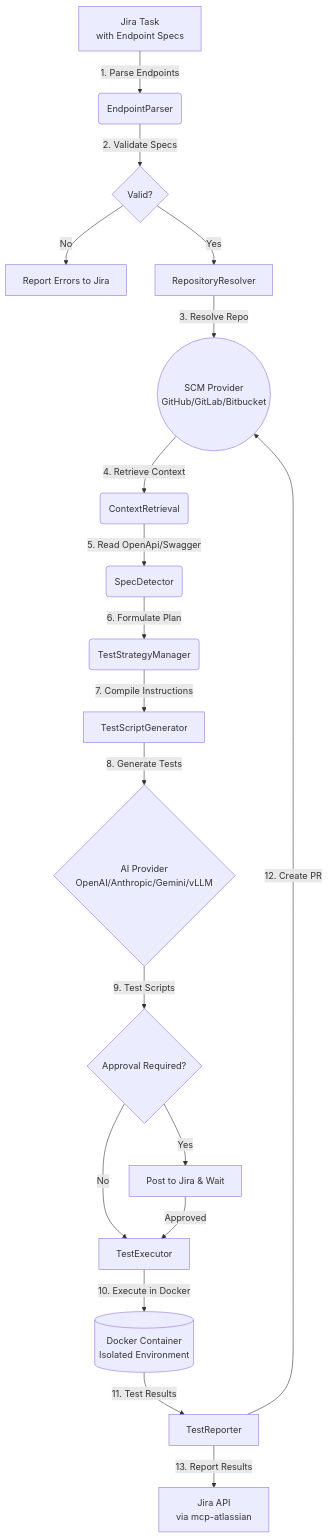
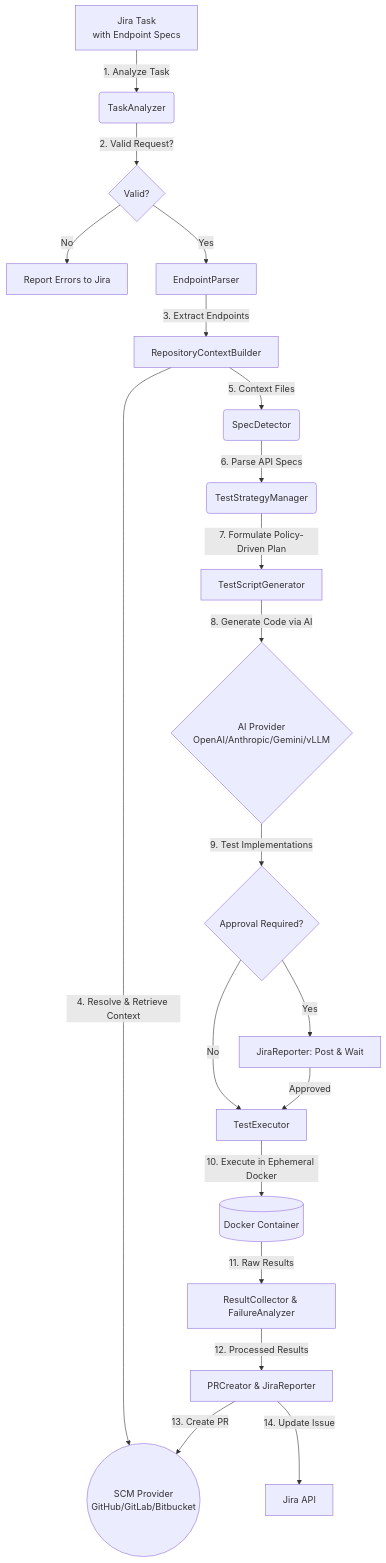
Before and after one commit to ahmetguness/mcp-jira-automation: the diagram in README.md, drawn with Mermaid. The commit also changed other lines of this file and 55 other files, not shown here.

First line of the commit message:
Add comprehensive tests for Jira custom field preservation and fallback behavior

````diff
--- a/README.md
+++ b/README.md
@@ -13,21 +13,22 @@
 ```mermaid
 graph TD
-    A[Jira Task<br/>with Endpoint Specs] -->|1. Parse Endpoints| B(EndpointParser)
-    B -->|2. Validate Specs| C{Valid?}
+    A[Jira Task<br/>with Endpoint Specs] -->|1. Analyze Task| B(TaskAnalyzer)
+    B -->|2. Valid Request?| C{Valid?}
     C -->|No| D[Report Errors to Jira]
-    C -->|Yes| E[RepositoryResolver]
-    E -->|3. Resolve Repo| F((SCM Provider<br/>GitHub/GitLab/Bitbucket))
-    F -->|4. Retrieve Context| G(ContextRetrieval)
-    G -->|5. Read OpenApi/Swagger| H(SpecDetector)
-    H -->|6. Formulate Plan| I(TestStrategyManager)
-    I -->|7. Compile Instructions| J[TestScriptGenerator]
-    J -->|8. Generate Tests| K{AI Provider<br/>OpenAI/Anthropic/Gemini/vLLM}
-    K -->|9. Test Scripts| L{Approval Required?}
-    L -->|Yes| M[Post to Jira & Wait]
+    C -->|Yes| E[EndpointParser]
+    E -->|3. Extract Endpoints| F[RepositoryContextBuilder]
+    F -->|4. Resolve & Retrieve Context| G((SCM Provider<br/>GitHub/GitLab/Bitbucket))
+    F -->|5. Context Files| H(SpecDetector)
+    H -->|6. Parse API Specs| I(TestStrategyManager)
+    I -->|7. Formulate Policy-Driven Plan| J[TestScriptGenerator]
+    J -->|8. Generate Code via AI| K{AI Provider<br/>OpenAI/Anthropic/Gemini/vLLM}
+    K -->|9. Test Implementations| L{Approval Required?}
+    L -->|Yes| M[JiraReporter: Post & Wait]
     L -->|No| N[TestExecutor]
     M -->|Approved| N
-    N -->|10. Execute in Docker| O[(Docker Container<br/>Isolated Environment)]
-    O -->|11. Test Results| P[TestReporter]
-    P -->|12. Create PR| F
-    P -->|13. Report Results| Q[Jira API<br/>via mcp-atlassian]
+    N -->|10. Execute in Ephemeral Docker| O[(Docker Container)]
+    O -->|11. Raw Results| P[ResultCollector & FailureAnalyzer]
+    P -->|12. Processed Results| Q[PRCreator & JiraReporter]
+    Q -->|13. Create PR| G
+    Q -->|14. Update Issue| R[Jira API]
 ```
````
